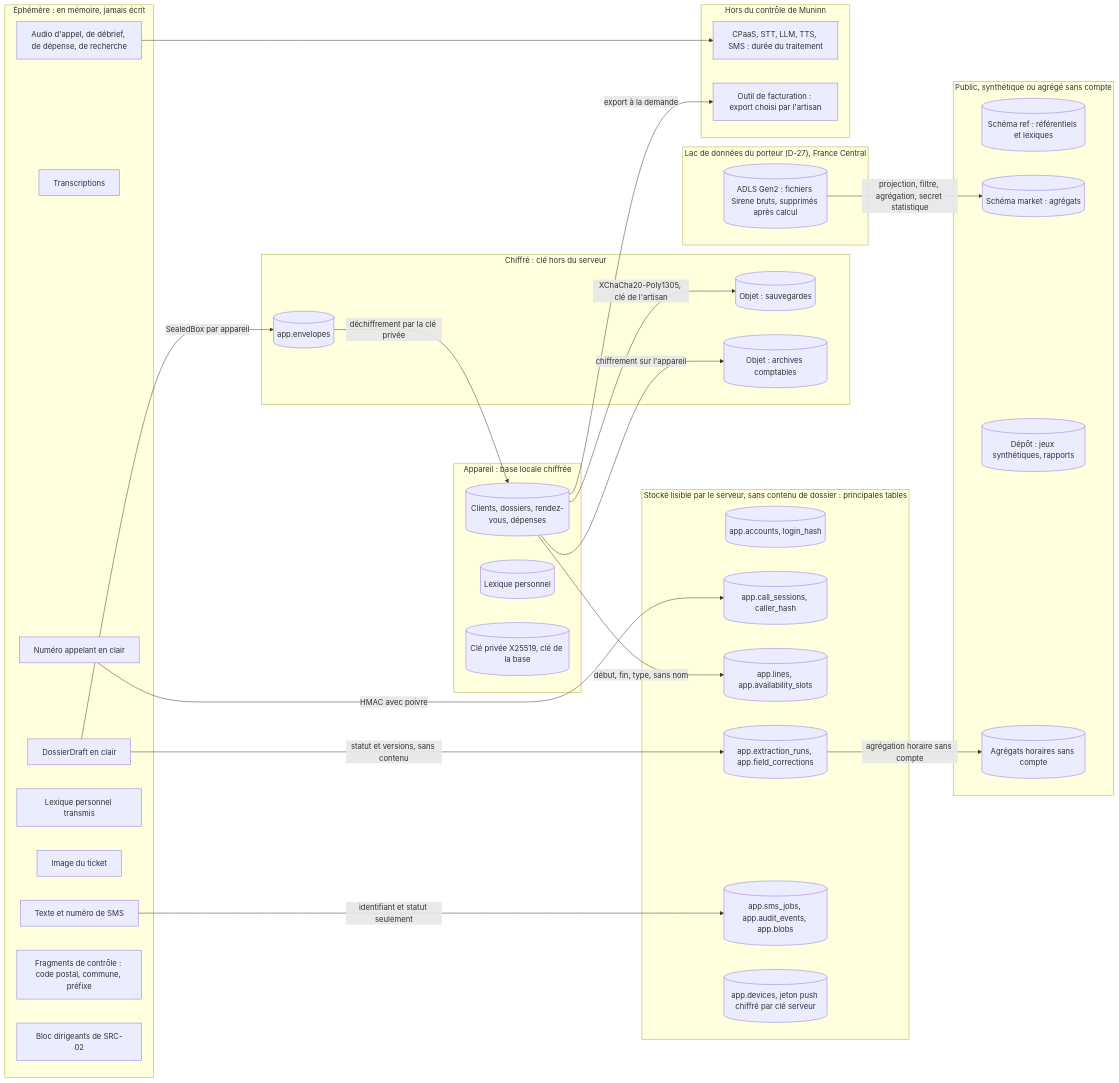
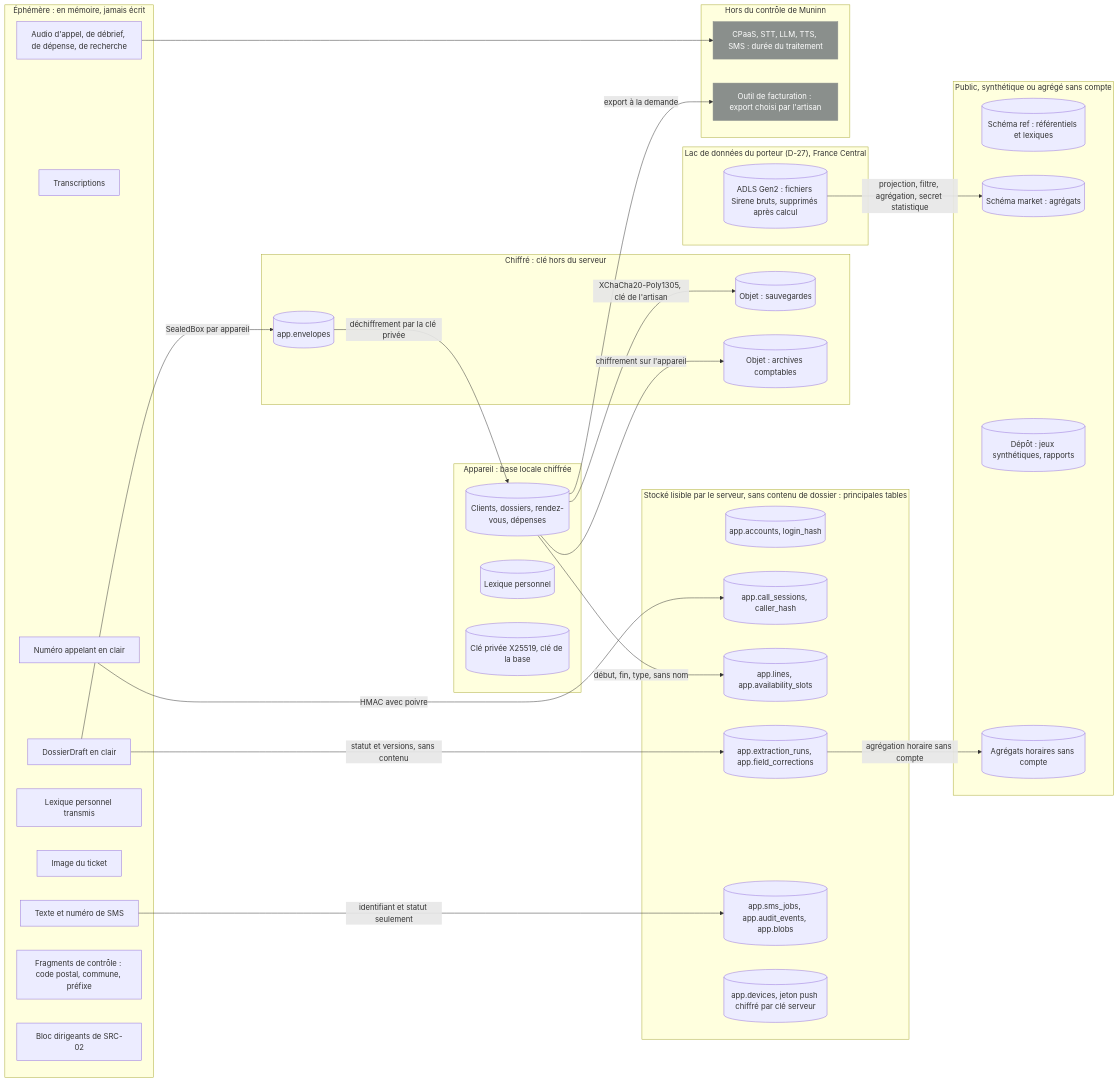
Before and after one commit to Bealph/muninn-v1: the diagram in docs/conception/architecture_de_donnees/01-cartographie-des-donnees.md, drawn with Mermaid. The commit also changed 136 other files, not shown here.

First line of the commit message:
docs: style commun des diagrammes et des infographies (vert, externes en gris, alertes en rouge) (#194)

````diff
--- a/docs/conception/architecture_de_donnees/01-cartographie-des-donnees.md
+++ b/docs/conception/architecture_de_donnees/01-cartographie-des-donnees.md
@@ -119,57 +119,59 @@
 ```mermaid
 flowchart LR
   subgraph ZE["Éphémère : en mémoire, jamais écrit"]
     E1["Audio d'appel, de débrief, de dépense, de recherche"]
     E2["Transcriptions"]
     E3["Numéro appelant en clair"]
     E4["DossierDraft en clair"]
     E5["Lexique personnel transmis"]
     E6["Image du ticket"]
     E7["Texte et numéro de SMS"]
     E8["Fragments de contrôle : code postal, commune, préfixe"]
     E9["Bloc dirigeants de SRC-02"]
   end
   subgraph ZC["Chiffré : clé hors du serveur"]
     C1[("app.envelopes")]
     C2[("Objet : sauvegardes")]
     C3[("Objet : archives comptables")]
   end
   subgraph ZS["Stocké lisible par le serveur, sans contenu de dossier : principales tables"]
     S1[("app.accounts, login_hash")]
     S2[("app.call_sessions, caller_hash")]
     S3[("app.lines, app.availability_slots")]
     S4[("app.extraction_runs, app.field_corrections")]
     S5[("app.sms_jobs, app.audit_events, app.blobs")]
     S6[("app.devices, jeton push chiffré par clé serveur")]
   end
   subgraph ZP["Public, synthétique ou agrégé sans compte"]
     P1[("Schéma ref : référentiels et lexiques")]
     P2[("Schéma market : agrégats")]
     P3[("Dépôt : jeux synthétiques, rapports")]
     P4[("Agrégats horaires sans compte")]
   end
   subgraph ZL["Lac de données du porteur (D-27), France Central"]
     X2[("ADLS Gen2 : fichiers Sirene bruts, supprimés après calcul")]
   end
   subgraph ZA["Appareil : base locale chiffrée"]
     A1[("Clients, dossiers, rendez-vous, dépenses")]
     A2[("Lexique personnel")]
     A3[("Clé privée X25519, clé de la base")]
   end
   subgraph ZX["Hors du contrôle de Muninn"]
     X1["CPaaS, STT, LLM, TTS, SMS : durée du traitement"]
     X3["Outil de facturation : export choisi par l'artisan"]
   end
   E3 -->|"HMAC avec poivre"| S2
   E4 -->|"SealedBox par appareil"| C1
   C1 -->|"déchiffrement par la clé privée"| A1
   A1 -->|"XChaCha20-Poly1305, clé de l'artisan"| C2
   A1 -->|"chiffrement sur l'appareil"| C3
   E4 -->|"statut et versions, sans contenu"| S4
   E7 -->|"identifiant et statut seulement"| S5
   A1 -->|"début, fin, type, sans nom"| S3
   X2 -->|"projection, filtre, agrégation, secret statistique"| P2
   S4 -->|"agrégation horaire sans compte"| P4
   A1 -->|"export à la demande"| X3
   E1 --> X1
+  classDef externe fill:#8a8f8c,stroke:#8a8f8c,color:#ffffff
+  class X1,X3 externe
 ```
````
